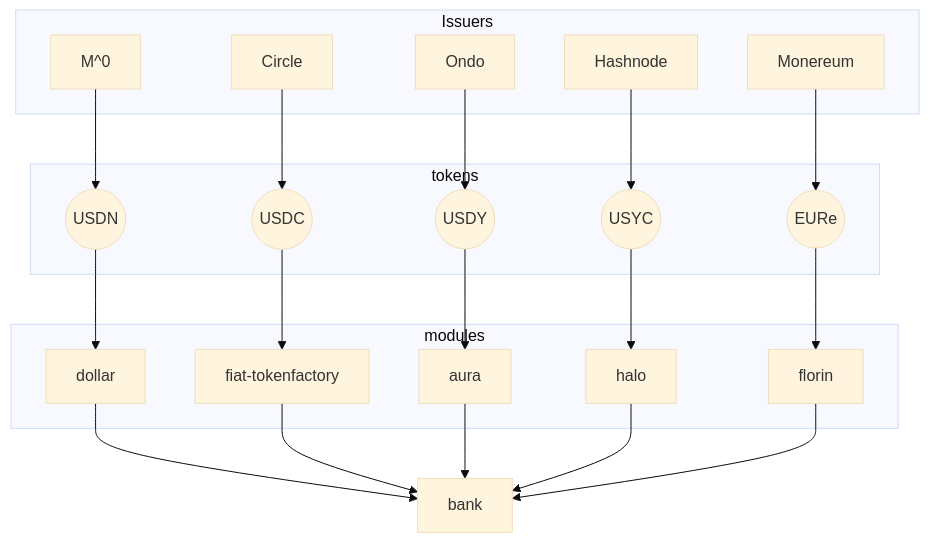
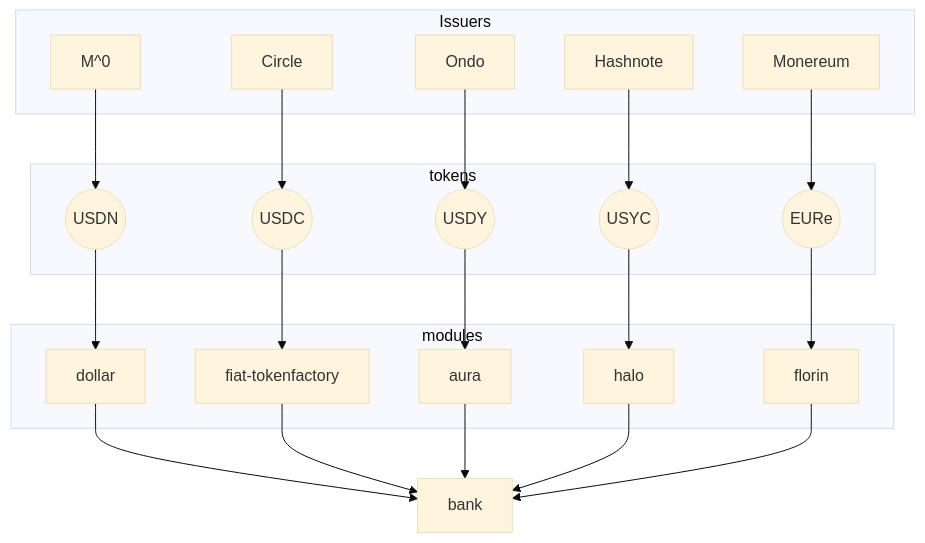
The diagram in docs/dev/issuance.md (noble-assets/noble), drawn with Mermaid (base theme) before and after one commit.

````diff
--- a/docs/dev/issuance.md
+++ b/docs/dev/issuance.md
@@ -20,45 +20,45 @@
 ```mermaid
  flowchart TD
     subgraph Issuers
     m0[M^0]
     circle[Circle]
     monereum[Monereum]
-    hash[Hashnode]
+    hash[Hashnote]
     ondo[Ondo]
     end
 
     subgraph tokens
       usdn((USDN))
       usdc((USDC))
       eure((EURe))
       usdy((USDY))
       usyc((USYC))
     end
 
     subgraph modules
       dollar[dollar]
       ftf[fiat-tokenfactory]
       aura[aura]
       halo[halo]
       florin[florin]
     end
 
     m0 --> usdn
     circle --> usdc
     monereum --> eure
     hash --> usyc
     ondo --> usdy
 
 
     usdn --> dollar
     usdc --> ftf
     usdy --> aura
     eure --> florin
     usyc --> halo
 
     dollar --> bank
     ftf --> bank
     aura --> bank
     halo --> bank
     florin --> bank
 ```
````
